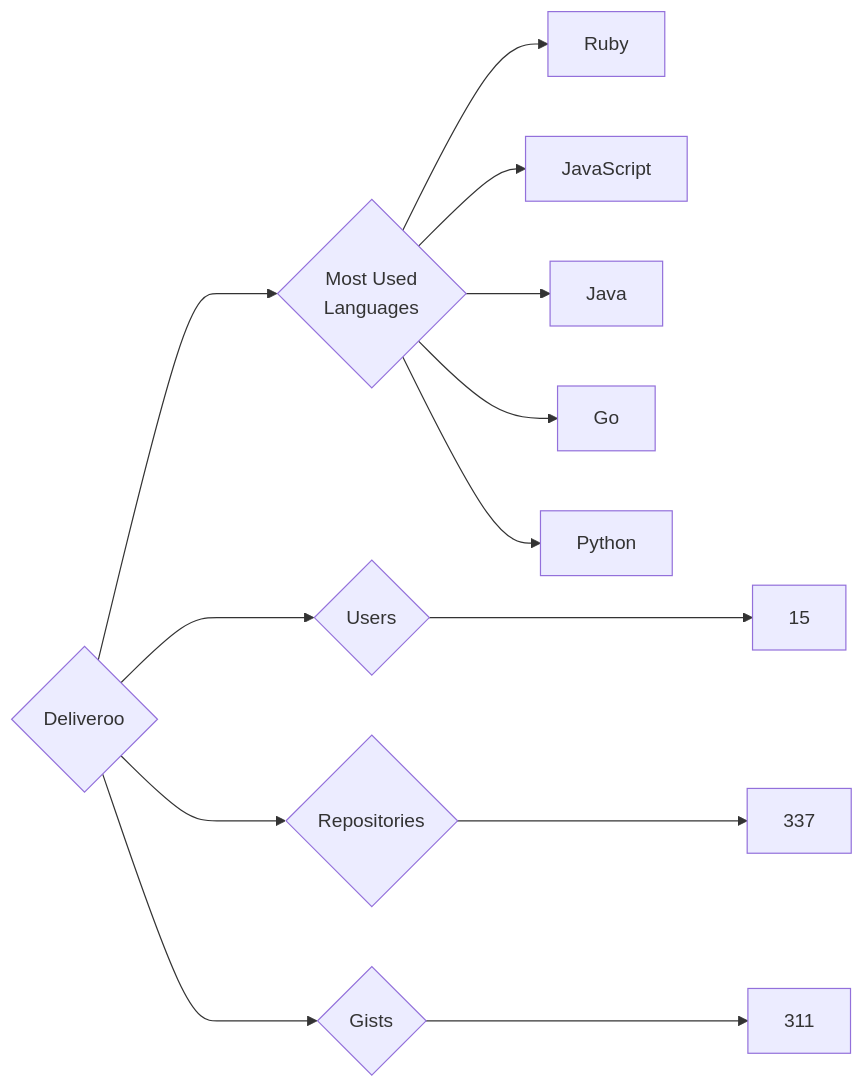
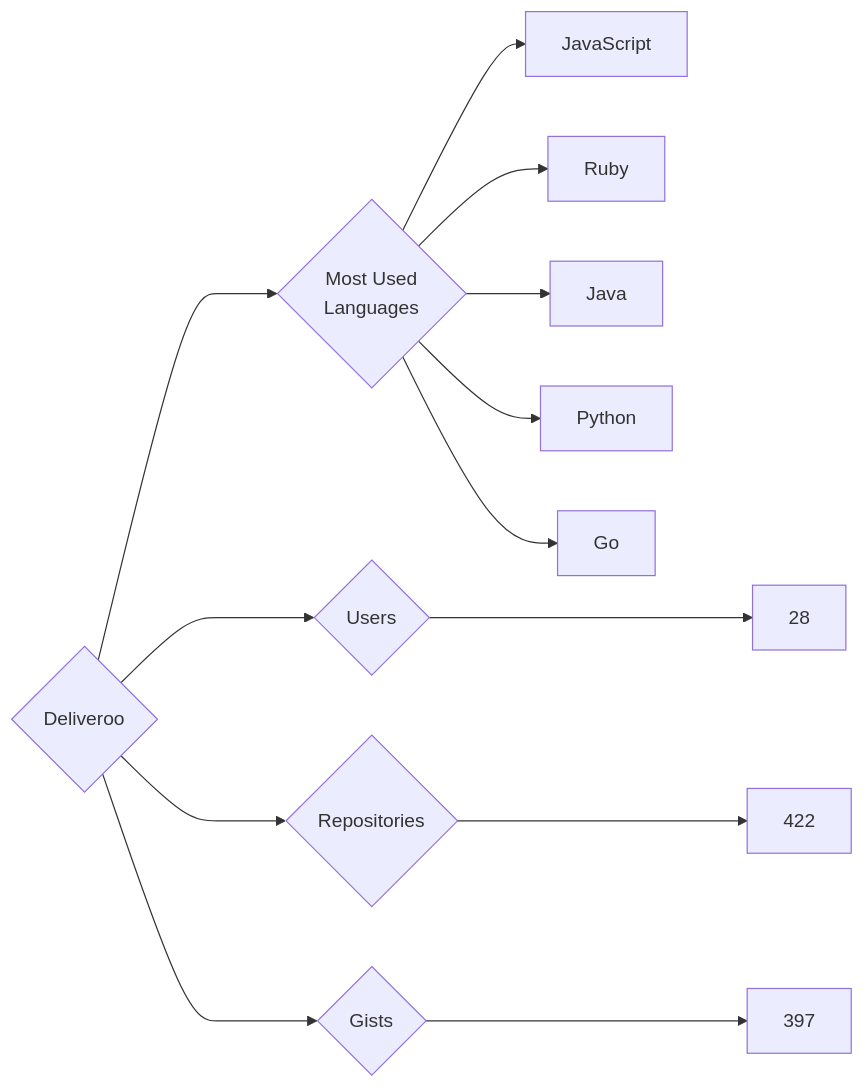
Before and after one commit to trickest/insiders: the diagram in targets/Deliveroo/README.md, drawn with Mermaid. The commit also changed 837 other files, not shown here.

````diff
--- a/targets/Deliveroo/README.md
+++ b/targets/Deliveroo/README.md
@@ -3,13 +3,13 @@
 ```mermaid
 graph LR
 COMPANY_NAME{Deliveroo}
-COMPANY_NAME ---> U{Users} ---> UN[15]
-COMPANY_NAME ---> R{Repositories} ---> RN[337]
-COMPANY_NAME ---> G{Gists} ---> GN[311]
+COMPANY_NAME ---> U{Users} ---> UN[28]
+COMPANY_NAME ---> R{Repositories} ---> RN[422]
+COMPANY_NAME ---> G{Gists} ---> GN[397]
 COMPANY_NAME ---> ML{Most Used<br>Languages}
+ML --> JavaScript[JavaScript]
 ML --> Ruby[Ruby]
-ML --> JavaScript[JavaScript]
 ML --> Java[Java]
+ML --> Python[Python]
 ML --> Go[Go]
-ML --> Python[Python]
 ```
````
